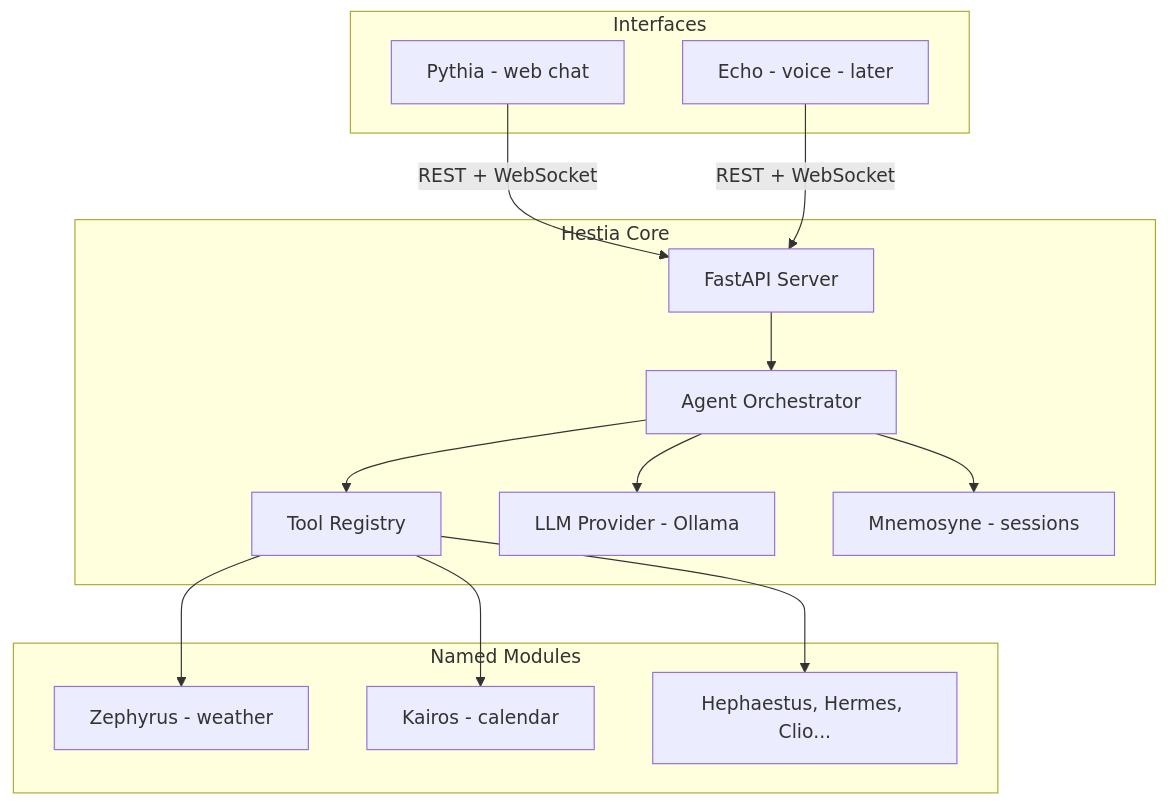
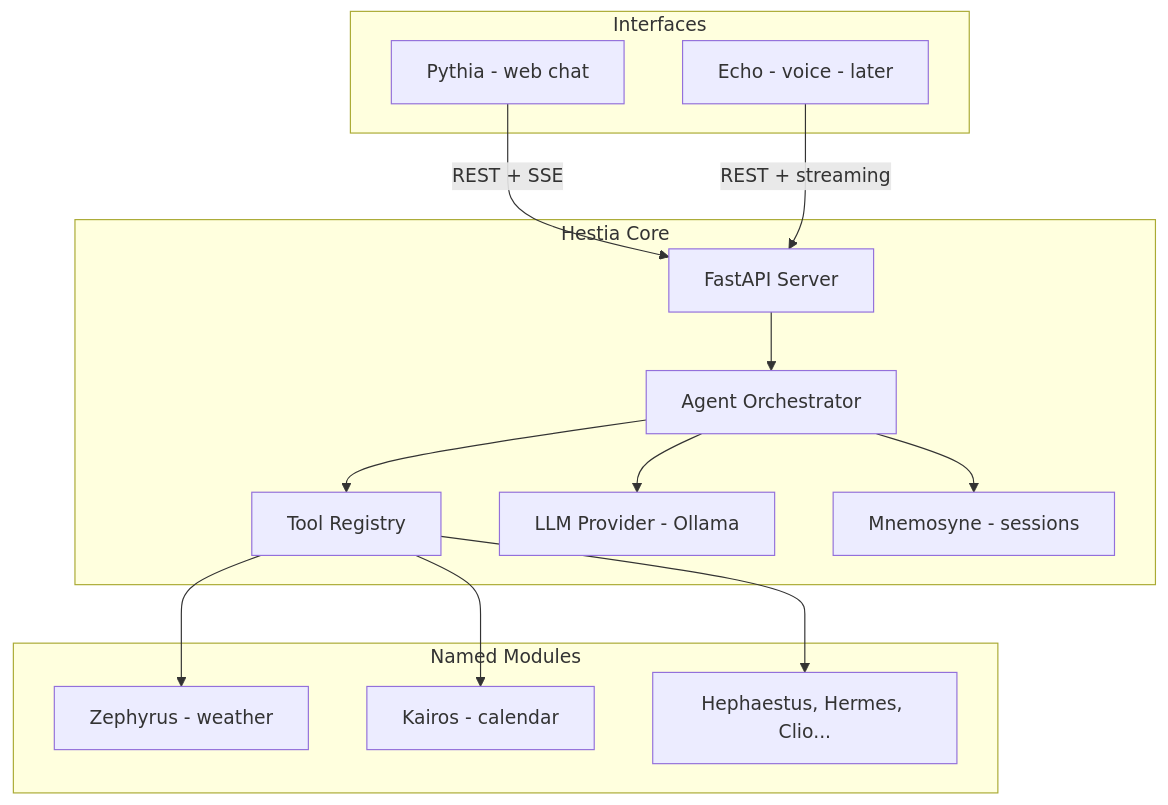
One commit to SergiyEnsary/Project-Hestia changed the diagram in docs/PLAN.md. Above: the diagram before and after it, drawn with Mermaid. The commit also changed other lines of this file and 50 other files, not shown here.

````diff
--- a/docs/PLAN.md
+++ b/docs/PLAN.md
@@ -78,31 +78,31 @@
 ```mermaid
 flowchart TB
     subgraph interfaces [Interfaces]
         Pythia[Pythia - web chat]
         Echo[Echo - voice - later]
     end
 
     subgraph core [Hestia Core]
         API[FastAPI Server]
         Orchestrator[Agent Orchestrator]
         ToolRegistry[Tool Registry]
         LLM[LLM Provider - Ollama]
         Mnemosyne[Mnemosyne - sessions]
     end
 
     subgraph modules [Named Modules]
         Zephyrus[Zephyrus - weather]
         Kairos[Kairos - calendar]
         Future[Hephaestus, Hermes, Clio...]
     end
 
-    Pythia -->|REST + WebSocket| API
-    Echo -->|REST + WebSocket| API
+    Pythia -->|REST + SSE| API
+    Echo -->|REST + streaming| API
     API --> Orchestrator
     Orchestrator --> LLM
     Orchestrator --> Mnemosyne
     Orchestrator --> ToolRegistry
     ToolRegistry --> Zephyrus
     ToolRegistry --> Kairos
     ToolRegistry --> Future
 ```
````
